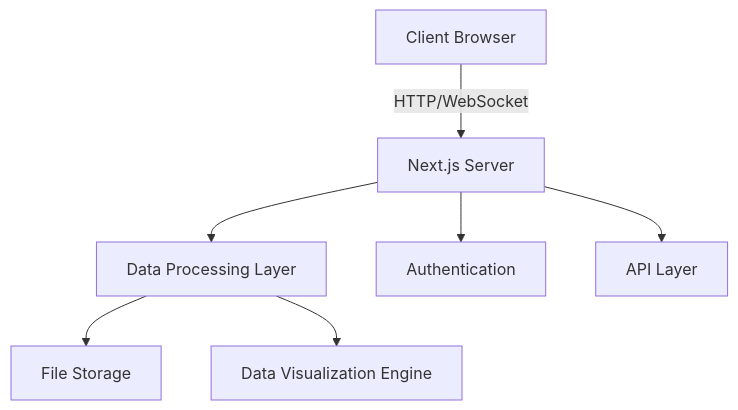
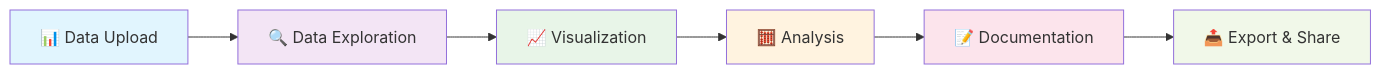
One commit to Kedhareswer/Data_Science_Platform changed the first of 10 diagrams in README.md. Above: the diagram before and after it, drawn with Mermaid. The commit also changed other lines of this file and 11 other files, not shown here.

````diff
--- a/README.md
+++ b/README.md
@@ -45,9 +31,15 @@
 ```mermaid
-graph TD
-    A[Client Browser] -->|HTTP/WebSocket| B[Next.js Server]
-    B --> C[Data Processing Layer]
-    C --> D[File Storage]
-    C --> E[Data Visualization Engine]
-    B --> F[Authentication]
-    B --> G[API Layer]
+graph LR
+    A[📊 Data Upload] --> B[🔍 Data Exploration]
+    B --> C[📈 Visualization]
+    C --> D[🧮 Analysis]
+    D --> E[📝 Documentation]
+    E --> F[📤 Export & Share]
+    
+    style A fill:#e1f5fe
+    style B fill:#f3e5f5
+    style C fill:#e8f5e8
+    style D fill:#fff3e0
+    style E fill:#fce4ec
+    style F fill:#f1f8e9
 ```
````
